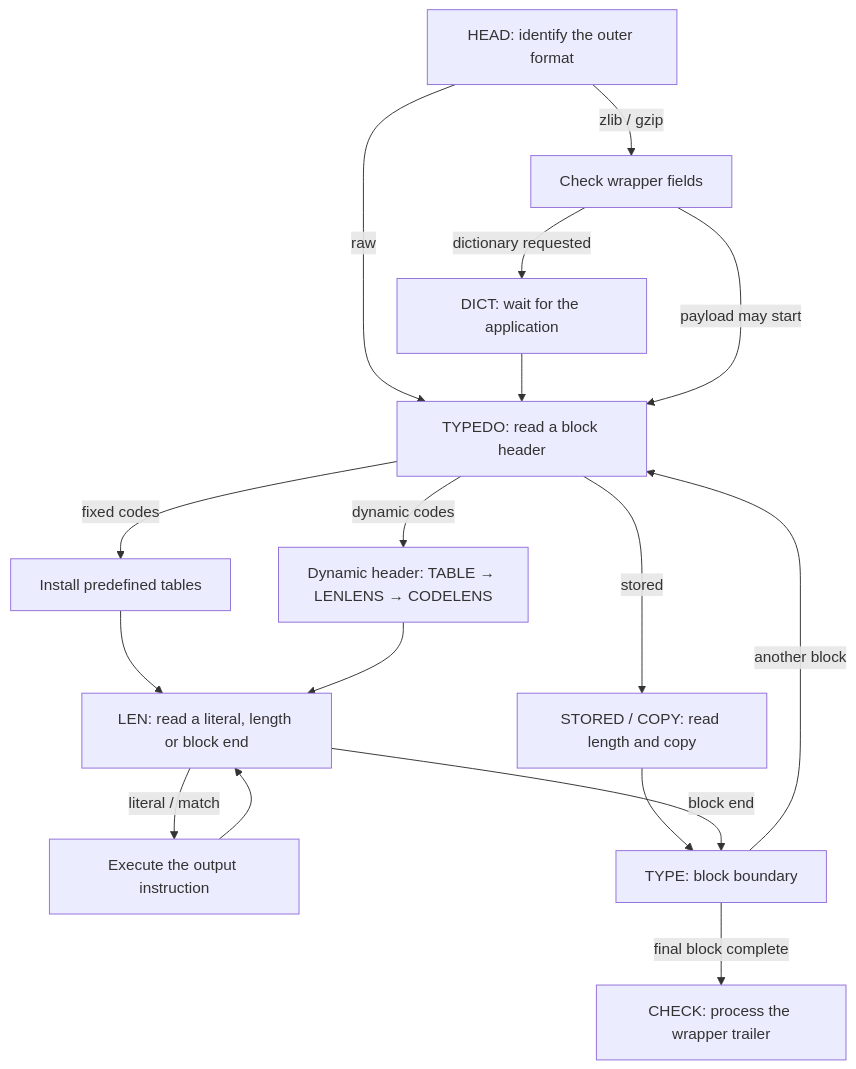
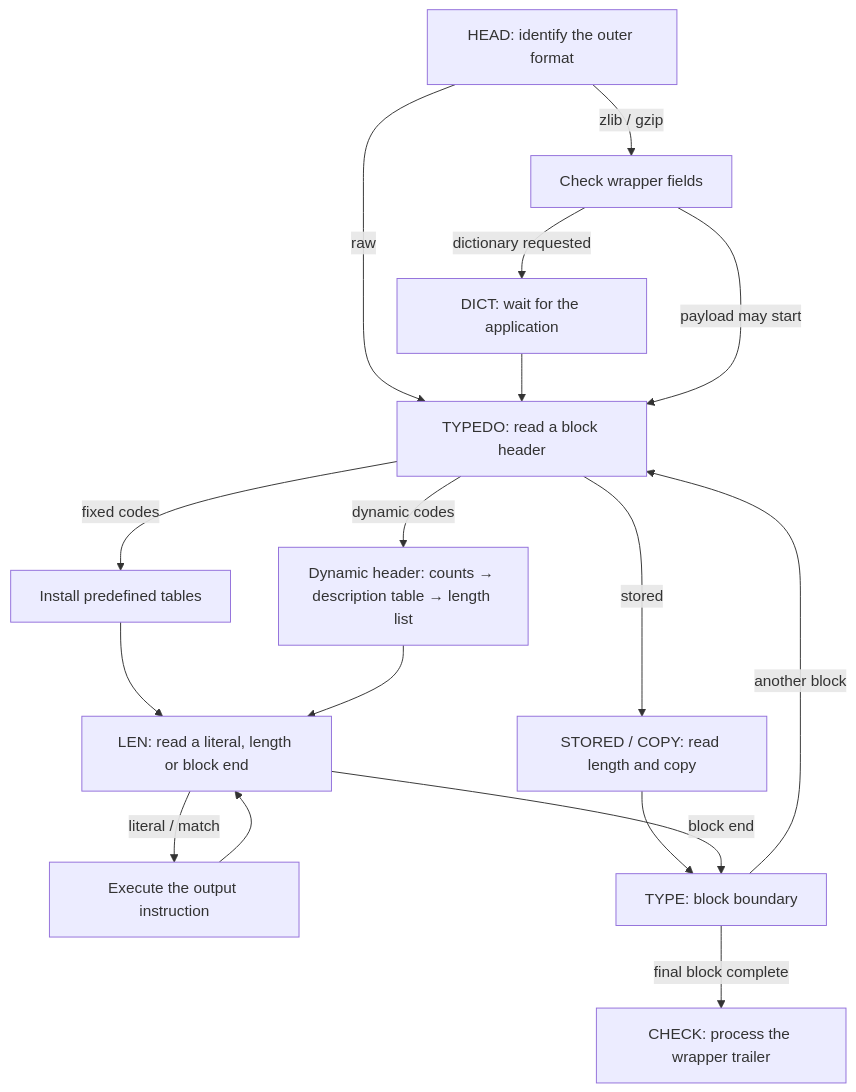
The first of 3 diagrams in site/content/book/inflate-tables.en.md (cla7aye15I4nd/zlib-f), drawn with Mermaid before and after one commit. The commit also changed other lines of this file and 40 other files, not shown here.

````diff
--- a/site/content/book/inflate-tables.en.md
+++ b/site/content/book/inflate-tables.en.md
@@ -57,19 +65,19 @@
 ```mermaid
 flowchart TD
     A["HEAD: identify the outer format"] -->|raw| T["TYPEDO: read a block header"]
     A -->|zlib / gzip| H["Check wrapper fields"]
     H -->|dictionary requested| D["DICT: wait for the application"]
     D --> T
     H -->|payload may start| T
     T -->|stored| S["STORED / COPY: read length and copy"]
     T -->|fixed codes| F["Install predefined tables"]
-    T -->|dynamic codes| B["Dynamic header: TABLE → LENLENS → CODELENS"]
+    T -->|dynamic codes| B["Dynamic header: counts → description table → length list"]
     F --> L["LEN: read a literal, length or block end"]
     B --> L
     L -->|literal / match| E["Execute the output instruction"]
     E --> L
     S --> R["TYPE: block boundary"]
     L -->|block end| R
     R -->|another block| T
     R -->|final block complete| C["CHECK: process the wrapper trailer"]
 ```
````
